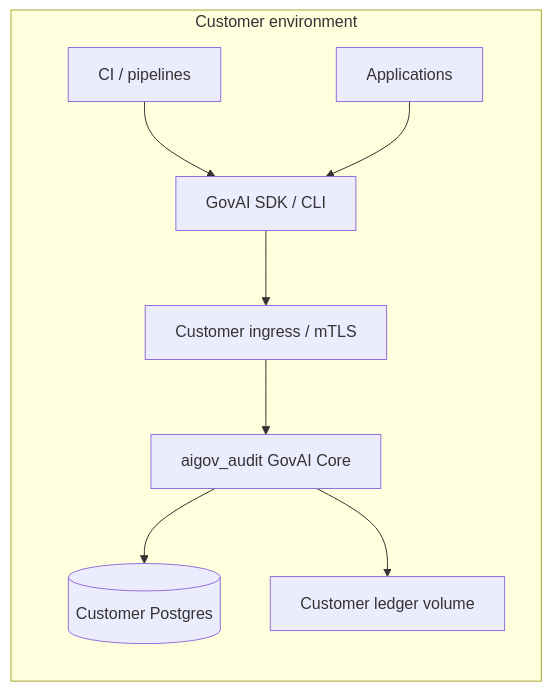
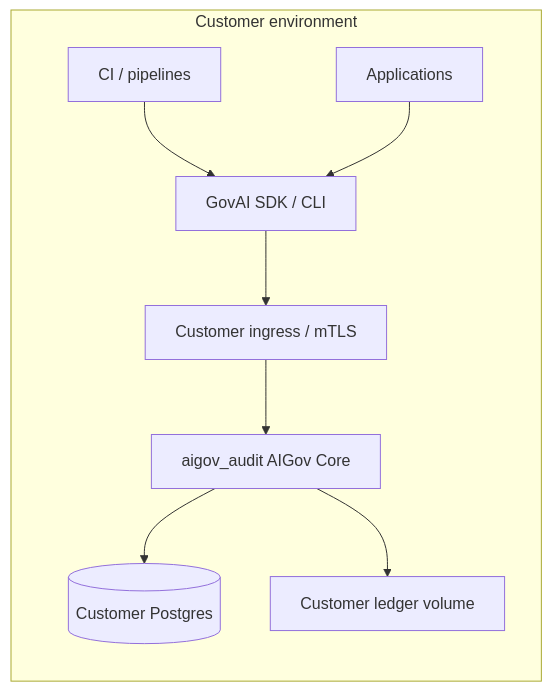
One commit to MonikaDvorackova/aigov-core changed the second of 2 diagrams in docs/architecture/hosted-vs-self-host-topology.md. Above: the diagram before and after it, drawn with Mermaid. The commit also changed 108 other files, not shown here.

````diff
--- a/docs/architecture/hosted-vs-self-host-topology.md
+++ b/docs/architecture/hosted-vs-self-host-topology.md
@@ -52,17 +52,17 @@
 ```mermaid
 flowchart LR
   subgraph customer [Customer environment]
     CI[CI / pipelines]
     APP[Applications]
     SDK[GovAI SDK / CLI]
     ING[Customer ingress / mTLS]
-    AUD[aigov_audit GovAI Core]
+    AUD[aigov_audit AIGov Core]
     PG[(Customer Postgres)]
     LED[Customer ledger volume]
     CI --> SDK
     APP --> SDK
     SDK --> ING --> AUD
     AUD --> PG
     AUD --> LED
   end
 ```
````
